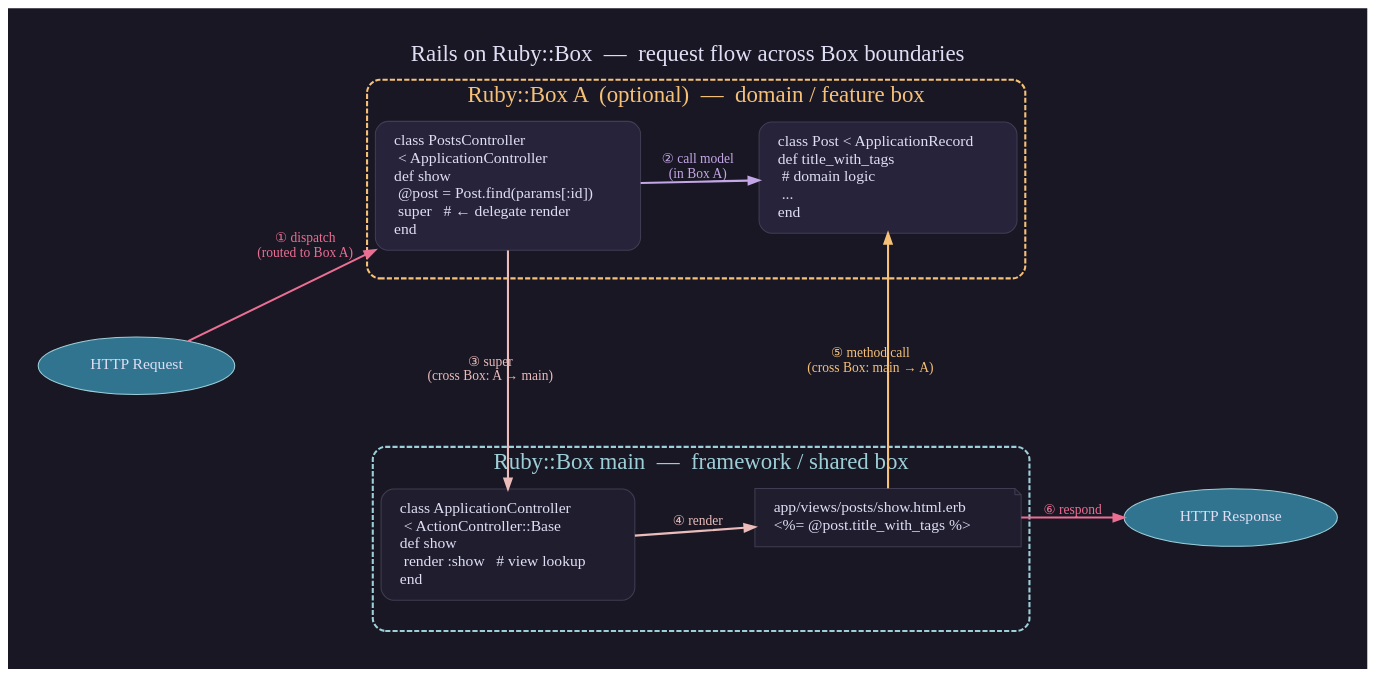
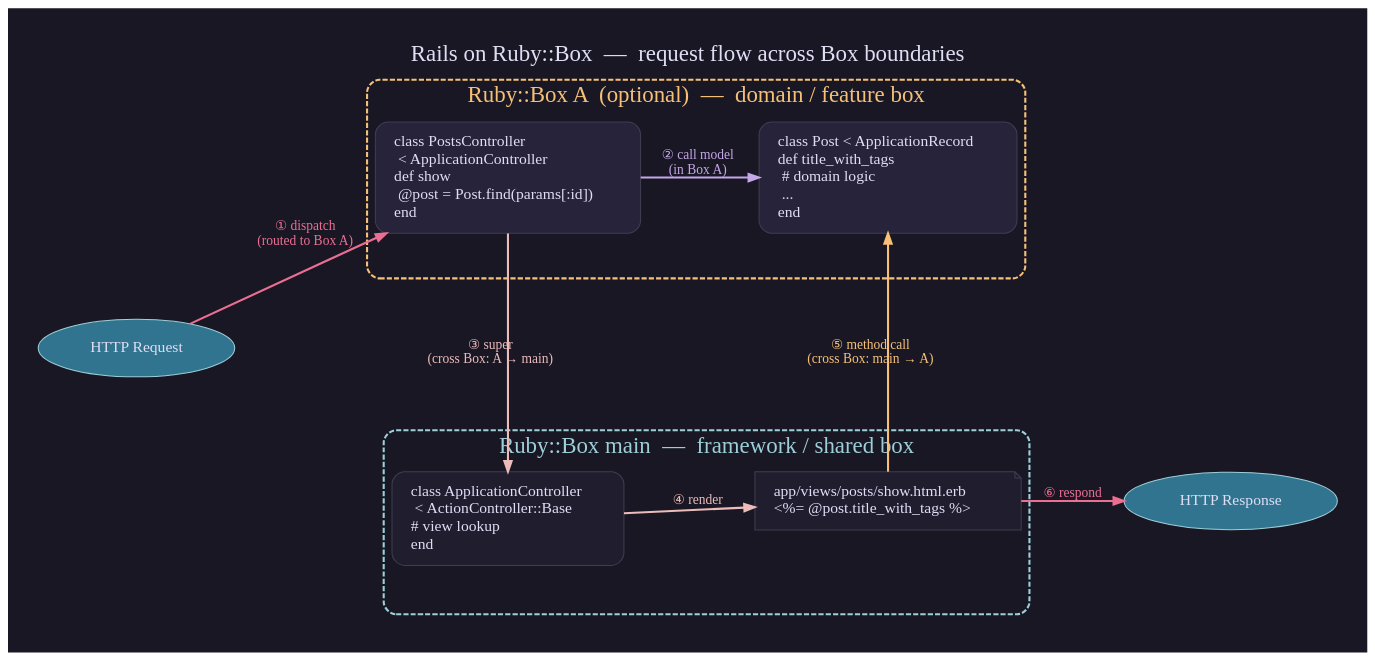
One commit to joker1007/slides changed the diagram in rubykaigi_2026_lt/rails_box_flow.dot. Above: the diagram before and after it, drawn with Graphviz. The commit also changed 2 other files, not shown here.

```diff
--- a/rubykaigi_2026_lt/rails_box_flow.dot
+++ b/rubykaigi_2026_lt/rails_box_flow.dot
@@ -1,60 +1,60 @@
 digraph RailsBoxFlow {
   graph [
     bgcolor="#191724",
     rankdir=LR,
     fontname="Pier Sans",
     fontcolor="#e0def4",
     labelloc=t,
     label="Rails on Ruby::Box  —  request flow across Box boundaries",
     fontsize=22,
     pad=0.4,
     nodesep=1.6,
     ranksep=0.45,
     compound=true
   ];
 
   node [
     shape=box, style="rounded,filled",
     fontname="Pier Sans", fontsize=15,
     color="#403d52", fontcolor="#e0def4",
     margin="0.25,0.15"
   ];
   edge [
     color="#ebbcba", fontcolor="#ebbcba",
     fontname="Pier Sans", fontsize=13,
     penwidth=2.0, arrowsize=1.0
   ];
 
   // Entry
   request [label="HTTP Request", shape=oval, fillcolor="#31748f", fontcolor="#e0def4", color="#9ccfd8"];
   response [label="HTTP Response", shape=oval, fillcolor="#31748f", fontcolor="#e0def4", color="#9ccfd8"];
 
   // Box A
   subgraph cluster_A {
     label="Ruby::Box A  (optional)  —  domain / feature box";
     fontcolor="#f6c177"; color="#f6c177"; style="rounded,dashed"; penwidth=2;
 
-    child_ctrl [label="class PostsController\l  < ApplicationController\ldef show\l  @post = Post.find(params[:id])\l  super   # ← delegate render\lend\l", fillcolor="#26233a"];
+    child_ctrl [label="class PostsController\l  < ApplicationController\ldef show\l  @post = Post.find(params[:id])\lend\l", fillcolor="#26233a"];
     model [label="class Post < ApplicationRecord\ldef title_with_tags\l  # domain logic\l  ...\lend\l", fillcolor="#26233a"];
   }
 
   // Main Box
   subgraph cluster_main {
     label="Ruby::Box main  —  framework / shared box";
     fontcolor="#9ccfd8"; color="#9ccfd8"; style="rounded,dashed"; penwidth=2;
 
-    app_ctrl [label="class ApplicationController\l  < ActionController::Base\ldef show\l  render :show   # view lookup\lend\l", fillcolor="#1f1d2e"];
+    app_ctrl [label="class ApplicationController\l  < ActionController::Base\l# view lookup\lend\l", fillcolor="#1f1d2e"];
     view [label="app/views/posts/show.html.erb\l<%= @post.title_with_tags %>\l", fillcolor="#1f1d2e", shape=note];
   }
 
   // Flow
   request   -> child_ctrl [label="① dispatch\n(routed to Box A)", color="#eb6f92", fontcolor="#eb6f92"];
   child_ctrl -> model     [label="② call model\n(in Box A)", color="#c4a7e7", fontcolor="#c4a7e7"];
   child_ctrl -> app_ctrl  [label="③ super\n(cross Box: A → main)", style=bold, constraint=false];
   app_ctrl  -> view       [label="④ render"];
   view      -> model      [label="⑤ method call\n(cross Box: main → A)", style=bold, color="#f6c177", fontcolor="#f6c177", constraint=false];
   view      -> response   [label="⑥ respond", color="#eb6f92", fontcolor="#eb6f92"];
 
   // Force app_ctrl to the same rank as child_ctrl (stack vertically, rankdir=LR)
   request -> app_ctrl [style=invis];
 }
```
